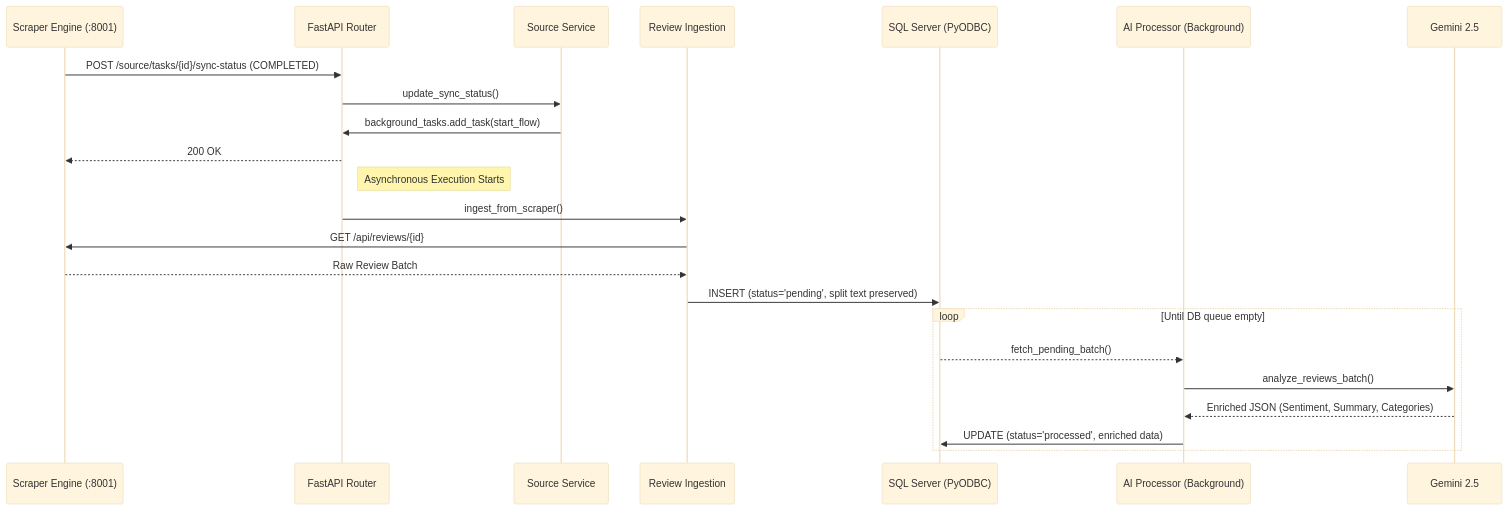
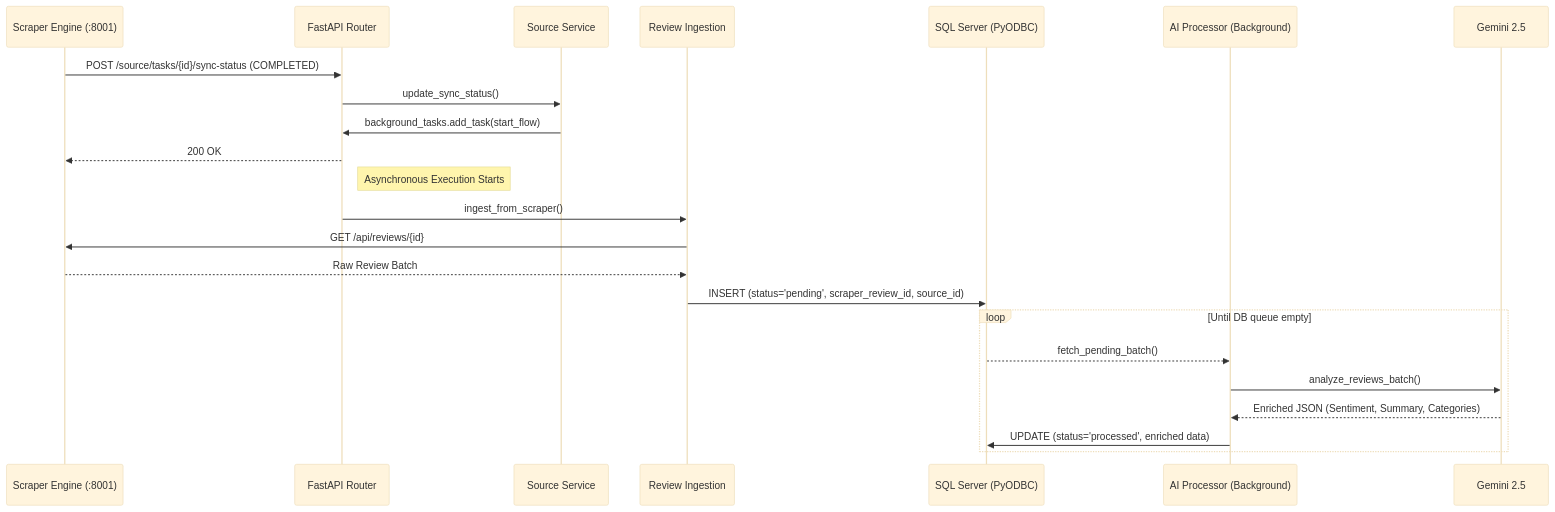
Before and after one commit to Rzmy7/hotel-and-restaurant-review-management-system: the diagram in backend/docs/about.md, drawn with Mermaid (base theme). The commit also changed other lines of this file and 7 other files, not shown here.

````diff
--- a/backend/docs/about.md
+++ b/backend/docs/about.md
@@ -43,26 +43,26 @@
 ```mermaid
 sequenceDiagram
     participant S as Scraper Engine (:8001)
     participant API as FastAPI Router
     participant SS as Source Service
     participant RP as Review Ingestion
     participant DB as SQL Server (PyODBC)
     participant BP as AI Processor (Background)
     participant AI as Gemini 2.5
 
     S->>API: POST /source/tasks/{id}/sync-status (COMPLETED)
     API->>SS: update_sync_status()
     SS->>API: background_tasks.add_task(start_flow)
     API-->>S: 200 OK
     Note right of API: Asynchronous Execution Starts
     API->>RP: ingest_from_scraper()
     RP->>S: GET /api/reviews/{id}
     S-->>RP: Raw Review Batch
-    RP->>DB: INSERT (status='pending', split text preserved)
+    RP->>DB: INSERT (status='pending', scraper_review_id, source_id)
     loop Until DB queue empty
         DB-->>BP: fetch_pending_batch()
         BP->>AI: analyze_reviews_batch()
         AI-->>BP: Enriched JSON (Sentiment, Summary, Categories)
         BP->>DB: UPDATE (status='processed', enriched data)
     end
 ```
````
